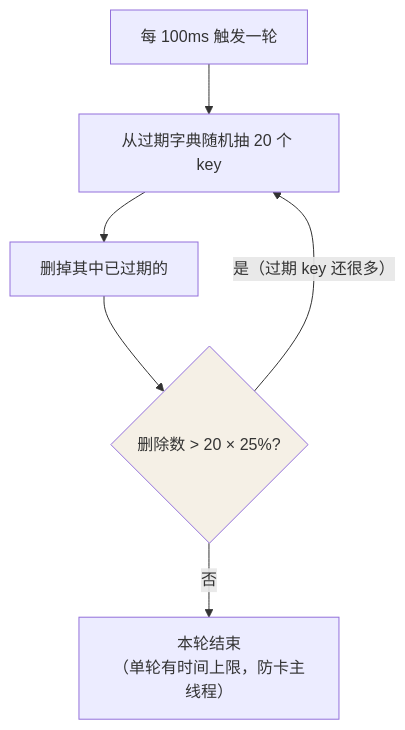
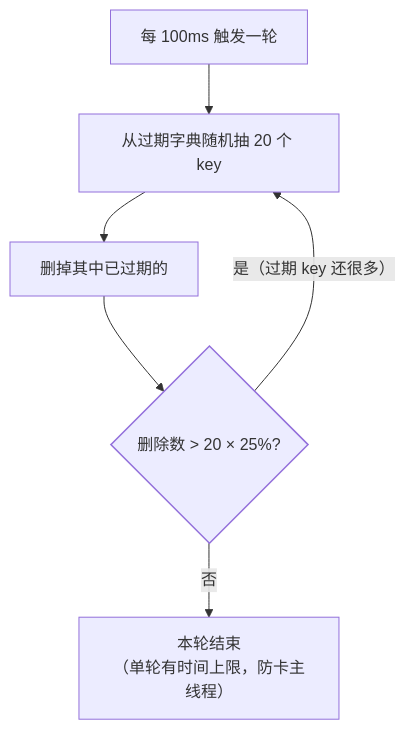
Before and after one commit to Loadhao/ascension: the diagram in src/content/docs/redis/intermediate/usage/01-expiration-eviction.md, drawn with Mermaid. The commit also changed 87 other files, not shown here.

First line of the commit message:
fix: 全站图表配色改由主题接管，修复暗色主题下浅底浅字看不清

````diff
--- a/src/content/docs/redis/intermediate/usage/01-expiration-eviction.md
+++ b/src/content/docs/redis/intermediate/usage/01-expiration-eviction.md
@@ -24,10 +24,11 @@
 ```mermaid
 flowchart TB
     A["每 100ms 触发一轮"] --> B["从过期字典随机抽 20 个 key"]
     B --> C["删掉其中已过期的"]
     C --> D{"删除数 > 20 × 25%?"}
     D -->|"是（过期 key 还很多）"| B
     D -->|否| E["本轮结束<br/>（单轮有时间上限，防卡主线程）"]
 
-    style D fill:#f5f0e6
+    class D hl
+    classDef hl stroke-width:1.5px
 ```
````
